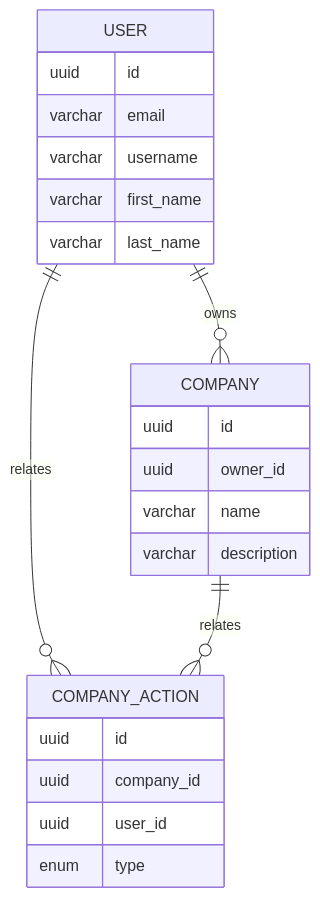
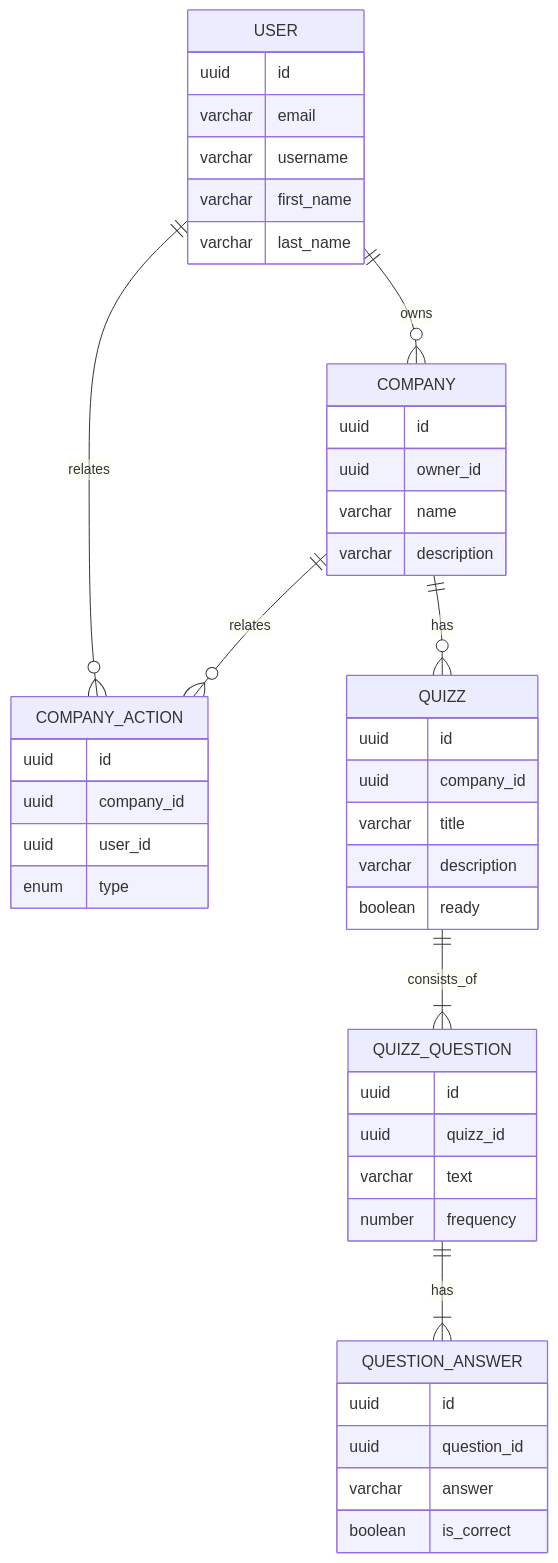
One commit to zakh-d/python-fs-internship-backend changed the diagram in erd.mmd. Above: the diagram before and after it, drawn with Mermaid. The commit also changed 2 other files, not shown here.

Commit message:
feat: added models related to quizz

```diff
--- a/erd.mmd
+++ b/erd.mmd
@@ -1,24 +1,50 @@
 erDiagram
     USER ||--o{ COMPANY_ACTION: relates
     USER ||--o{ COMPANY: owns
     USER {
         uuid id
         varchar email
         varchar username
         varchar first_name
         varchar last_name
     }
 
     COMPANY ||--o{ COMPANY_ACTION: relates
+    COMPANY ||--o{ QUIZZ: has
     COMPANY {
         uuid id
         uuid owner_id
         varchar name
         varchar description
     }
     COMPANY_ACTION {
         uuid id
         uuid company_id
         uuid user_id
         enum type
     }
+
+    QUIZZ ||--|{ QUIZZ_QUESTION: consists_of
+    QUIZZ {
+        uuid id
+        uuid company_id
+        varchar title
+        varchar description
+        boolean ready
+    }
+
+
+    QUIZZ_QUESTION {
+        uuid id
+        uuid quizz_id
+        varchar text
+        number frequency
+    }
+
+    QUIZZ_QUESTION ||--|{ QUESTION_ANSWER: has
+    QUESTION_ANSWER {
+        uuid id
+        uuid question_id
+        varchar answer
+        boolean is_correct
+    }
```
